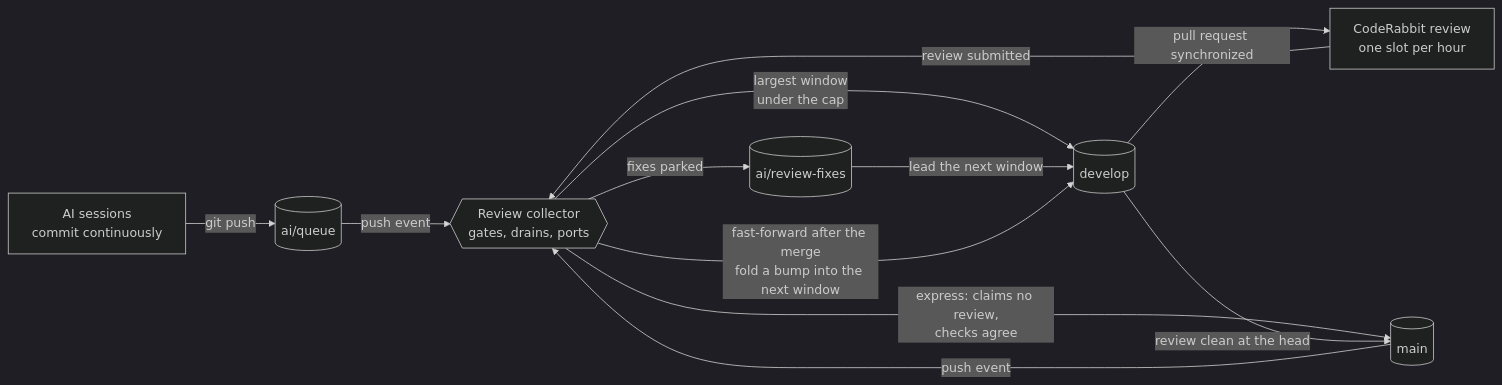
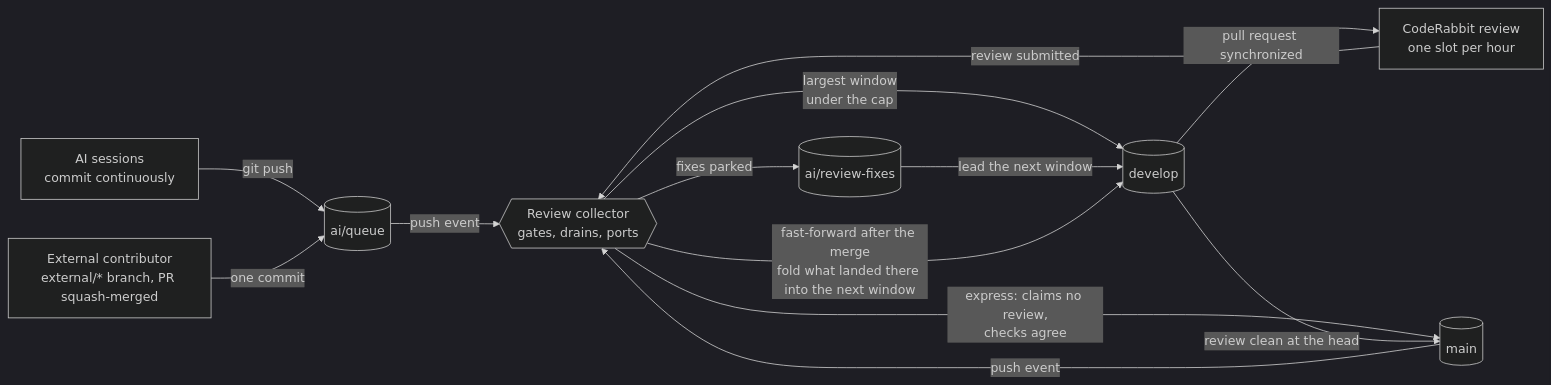
The diagram in README.md (Esposter/Esposter), drawn with Mermaid (dark theme) before and after one commit. The commit also changed other lines of this file and 14 other files, not shown here.

````diff
--- a/README.md
+++ b/README.md
@@ -340,14 +343,15 @@
 ```mermaid
 flowchart LR
   S[AI sessions<br/>commit continuously] -->|git push| Q[(ai/queue)]
   Q -->|push event| C{{Review collector<br/>gates, drains, ports}}
   C -->|largest window<br/>under the cap| D[(develop)]
   C -->|express: claims no review,<br/>checks agree| M
   D -->|pull request synchronized| R[CodeRabbit review<br/>one slot per hour]
   R -->|review submitted| C
   C -->|fixes parked| F[(ai/review-fixes)]
   F -->|lead the next window| D
   D -->|review clean at the head| M[(main)]
+  P[External contributor<br/>external/* branch, PR squash-merged] -->|one commit| Q
   M -->|push event| C
-  C -->|fast-forward after the merge<br/>fold a bump into the next window| D
+  C -->|fast-forward after the merge<br/>fold what landed there into the next window| D
 ```
````
